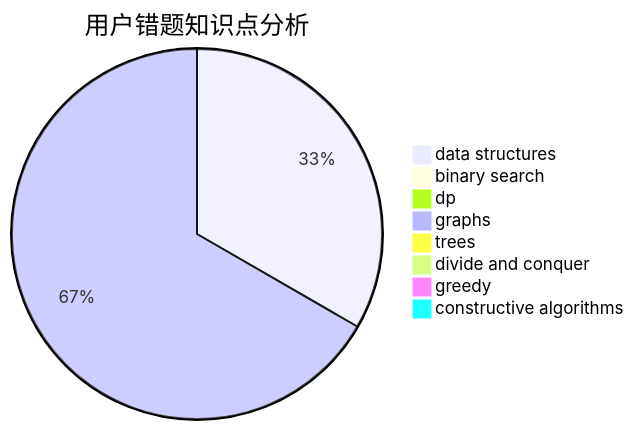
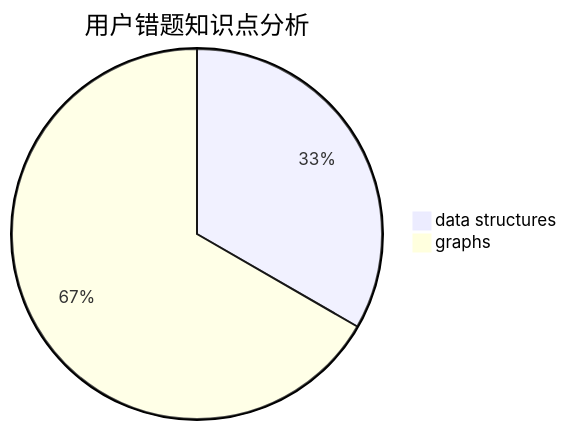
Before and after one commit to sherpahu/cfrs.github.io: the third of 3 diagrams in docs/user/u1044.md, drawn with Mermaid. The commit also changed other lines of this file and 2770 other files, not shown here.

````diff
--- a/docs/user/u1044.md
+++ b/docs/user/u1044.md
@@ -31,11 +27,5 @@
 ```mermaid
 pie title 用户错题知识点分析
     "data structures" :  5
-    "binary search" :  0
-    "dp" :  0
     "graphs" :  10
-    "trees" :  0
-    "divide and conquer" :  0
-    "greedy" :  0
-    "constructive algorithms" :  0
 ```
````
